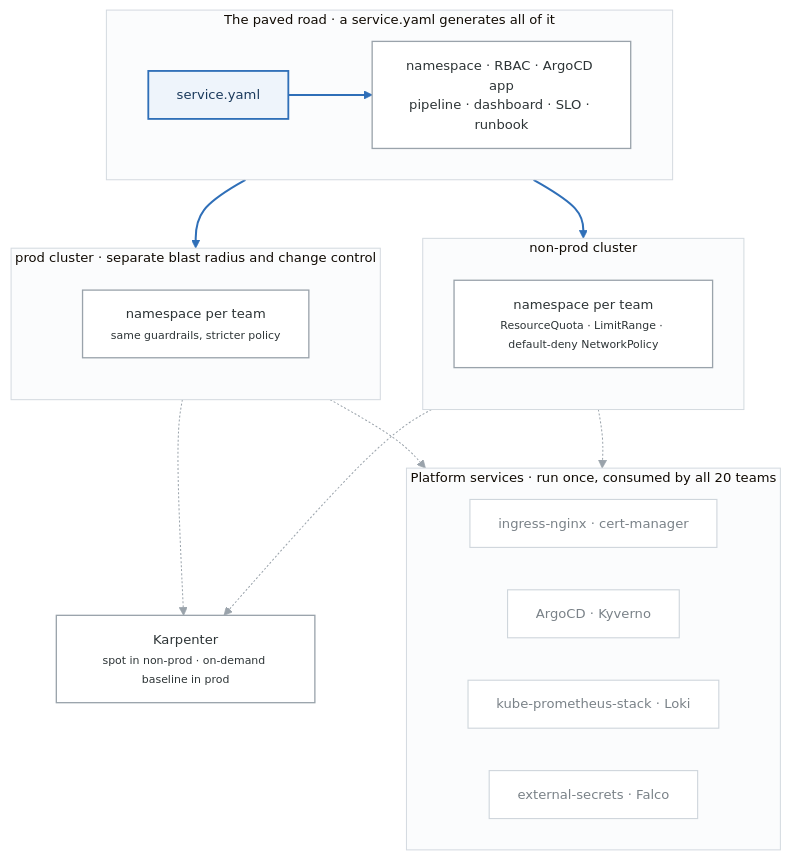
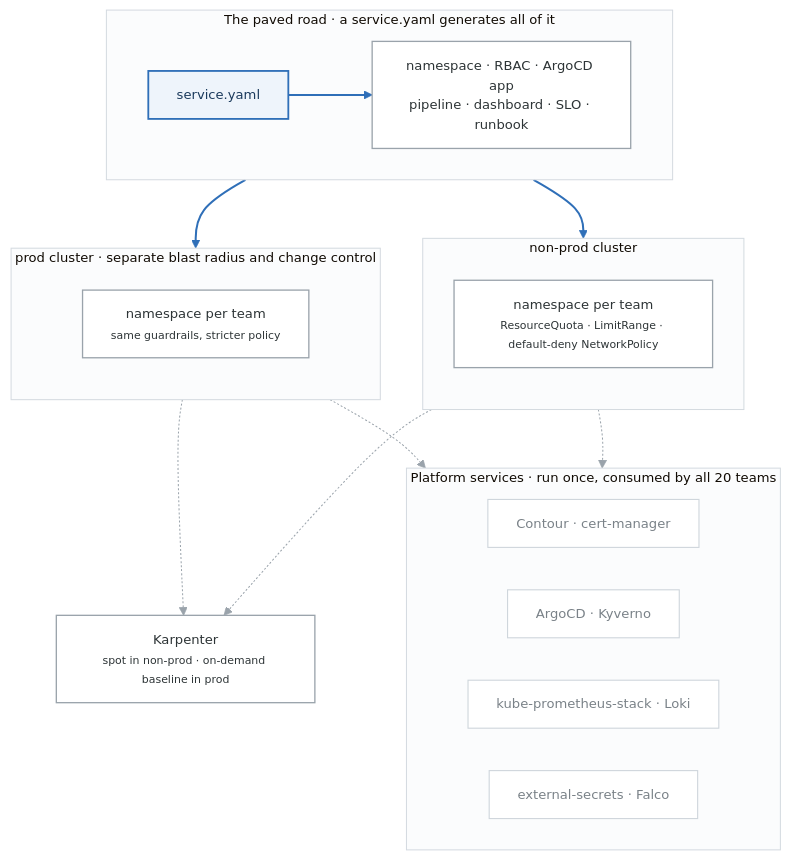
Before and after one commit to Twolliston-CPG/Mastery: the third of 3 diagrams in curriculum/_shared/interview-bank/04-system-design.md, drawn with Mermaid. The commit also changed 11 other files, not shown here.

First line of the commit message:
kind: replace the retired ingress-nginx with Contour, pin every manifest

````diff
--- a/curriculum/_shared/interview-bank/04-system-design.md
+++ b/curriculum/_shared/interview-bank/04-system-design.md
@@ -212,46 +212,46 @@
 ```mermaid
 %%{init: {'theme':'base','themeVariables':{'fontFamily':'Helvetica, Arial, sans-serif','fontSize':'13px','primaryColor':'#ffffff','primaryTextColor':'#2d3436','primaryBorderColor':'#9aa3ab','lineColor':'#9aa3ab','textColor':'#2d3436','clusterBkg':'#fbfcfd','clusterBorder':'#d4dae0','edgeLabelBackground':'#ffffff','tertiaryColor':'#eef4fb'},'flowchart':{'curve':'basis','padding':14,'nodeSpacing':42,'rankSpacing':58}}}%%
 flowchart TB
   classDef default fill:#ffffff,stroke:#9aa3ab,stroke-width:1.3px,color:#2d3436
   classDef n    fill:#ffffff,stroke:#9aa3ab,stroke-width:1.3px,color:#2d3436
   classDef crit fill:#eef4fb,stroke:#2f6fb8,stroke-width:1.8px,color:#1b3a5c
   classDef data fill:#f4f7fa,stroke:#9aa3ab,stroke-width:1.3px,color:#2d3436
   classDef mut  fill:#ffffff,stroke:#cfd6dc,stroke-width:1.1px,color:#7a8288
   classDef warn fill:#fdf0ec,stroke:#c0522d,stroke-width:1.6px,color:#8a3a1e
 
   subgraph PATH["The paved road · a service.yaml generates all of it"]
     direction LR
     SVC["service.yaml"]:::crit
     GEN["namespace · RBAC · ArgoCD app<br/>pipeline · dashboard · SLO · runbook"]:::n
     SVC --> GEN
   end
 
   subgraph NONPROD["non-prod cluster"]
     direction TB
     NST["namespace per team<br/><small>ResourceQuota · LimitRange · default-deny NetworkPolicy</small>"]:::n
   end
 
   subgraph PRODC["prod cluster · separate blast radius and change control"]
     direction TB
     PST["namespace per team<br/><small>same guardrails, stricter policy</small>"]:::n
   end
 
   subgraph PLAT["Platform services · run once, consumed by all 20 teams"]
     direction LR
-    P1["ingress-nginx · cert-manager"]:::mut
+    P1["Contour · cert-manager"]:::mut
     P2["ArgoCD · Kyverno"]:::mut
     P3["kube-prometheus-stack · Loki"]:::mut
     P4["external-secrets · Falco"]:::mut
   end
 
   KARP["Karpenter<br/><small>spot in non-prod · on-demand baseline in prod</small>"]:::n
 
   GEN --> NST
   GEN --> PST
   NST -.-> PLAT
   PST -.-> PLAT
   NST -.-> KARP
   PST -.-> KARP
 
   linkStyle 0,1,2 stroke:#2f6fb8,stroke-width:2px
 ```
````
